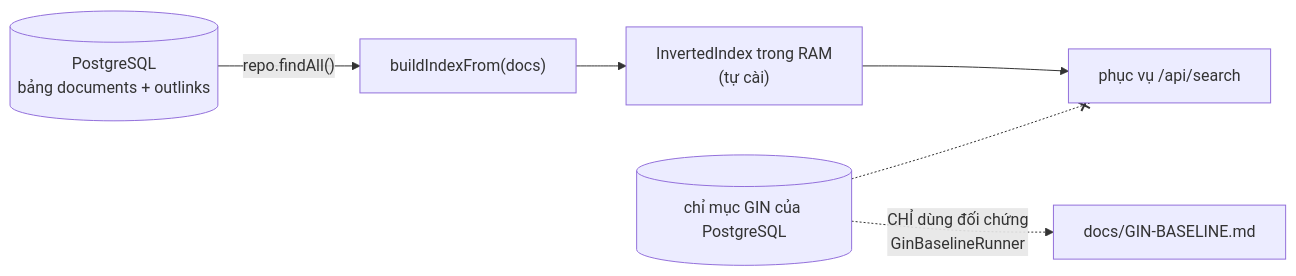
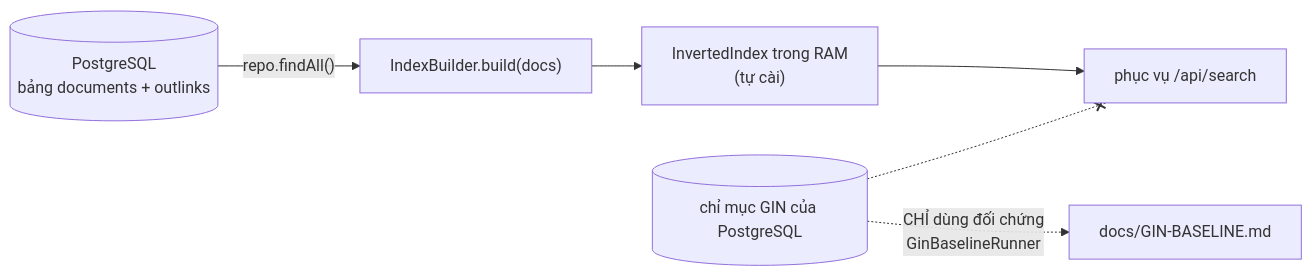
Before and after one commit to KietAnhCS/CocCoc-Plus: the second of 7 diagrams in docs/ARCHITECTURE.md, drawn with Mermaid. The commit also changed other lines of this file and 36 other files, not shown here.

````diff
--- a/docs/ARCHITECTURE.md
+++ b/docs/ARCHITECTURE.md
@@ -135,8 +181,8 @@
 ```mermaid
 flowchart LR
-    PG[("PostgreSQL<br/>bảng documents + outlinks")] -->|"repo.findAll()"| Build["buildIndexFrom(docs)"]
+    PG[("PostgreSQL<br/>bảng documents + outlinks")] -->|"repo.findAll()"| Build["IndexBuilder.build(docs)"]
     Build --> Idx["InvertedIndex trong RAM<br/>(tự cài)"]
     Idx --> Serve["phục vụ /api/search"]
     GIN[("chỉ mục GIN của PostgreSQL")] -.->|"CHỈ dùng đối chứng<br/>GinBaselineRunner"| Report["docs/GIN-BASELINE.md"]
     GIN -.-x Serve
 ```
````
